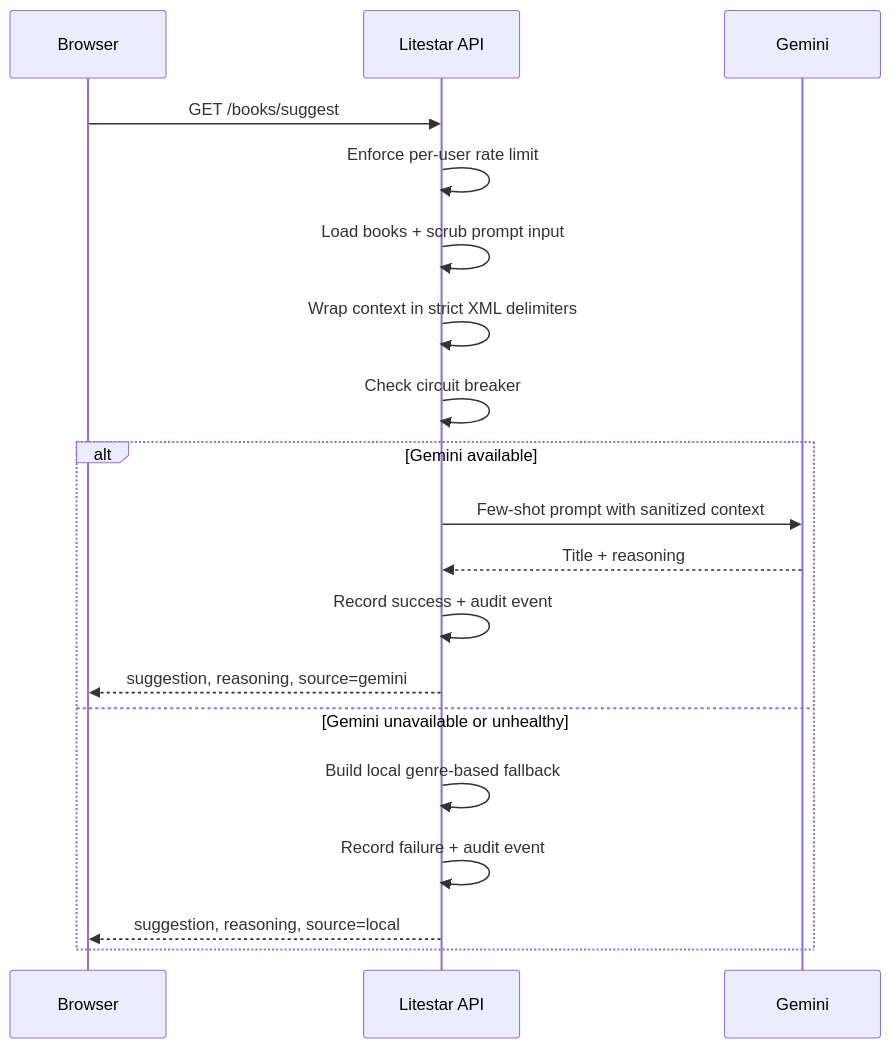
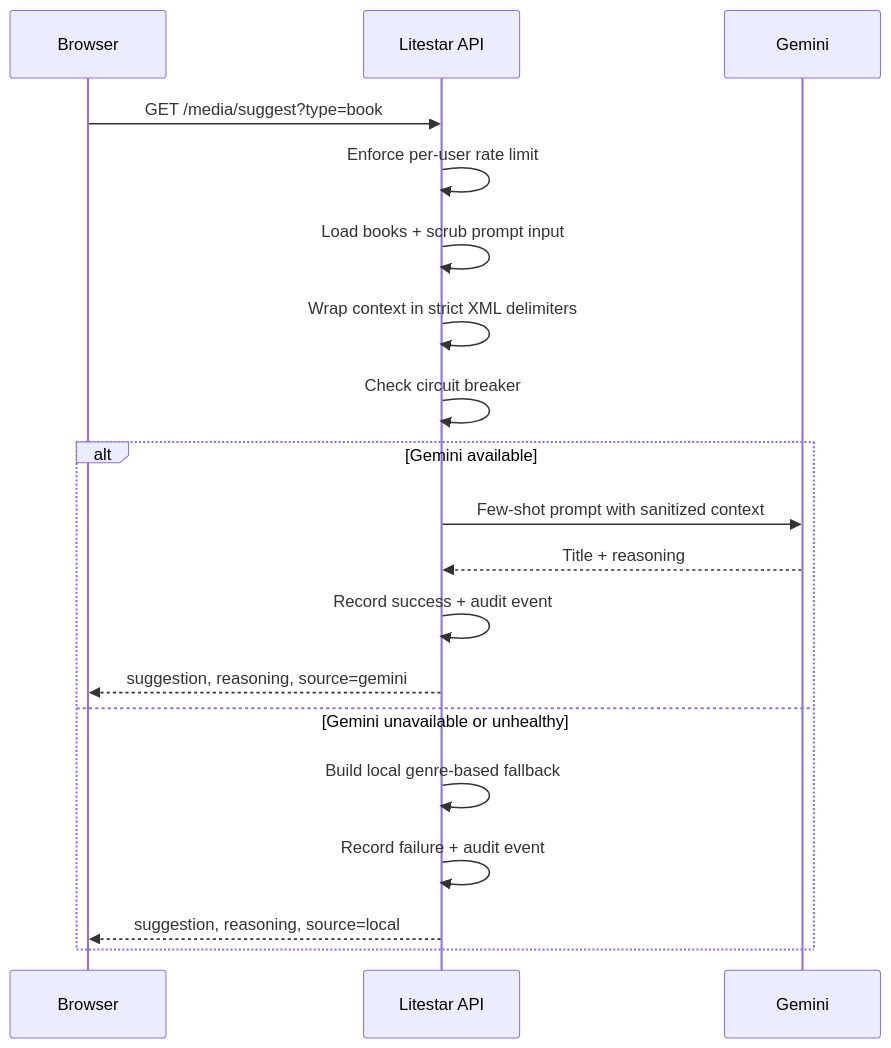
One commit to Raoof128/Nexus-OS changed the second of 2 diagrams in docs/architecture.md. Above: the diagram before and after it, drawn with Mermaid. The commit also changed other lines of this file and 34 other files, not shown here.

````diff
--- a/docs/architecture.md
+++ b/docs/architecture.md
@@ -40,22 +40,22 @@
 ```mermaid
 sequenceDiagram
   participant Browser
   participant API as Litestar API
   participant Gemini
 
-  Browser->>API: GET /books/suggest
+  Browser->>API: GET /media/suggest?type=book
   API->>API: Enforce per-user rate limit
   API->>API: Load books + scrub prompt input
   API->>API: Wrap context in strict XML delimiters
   API->>API: Check circuit breaker
   alt Gemini available
     API->>Gemini: Few-shot prompt with sanitized context
     Gemini-->>API: Title + reasoning
     API->>API: Record success + audit event
     API-->>Browser: suggestion, reasoning, source=gemini
   else Gemini unavailable or unhealthy
     API->>API: Build local genre-based fallback
     API->>API: Record failure + audit event
     API-->>Browser: suggestion, reasoning, source=local
   end
 ```
````
